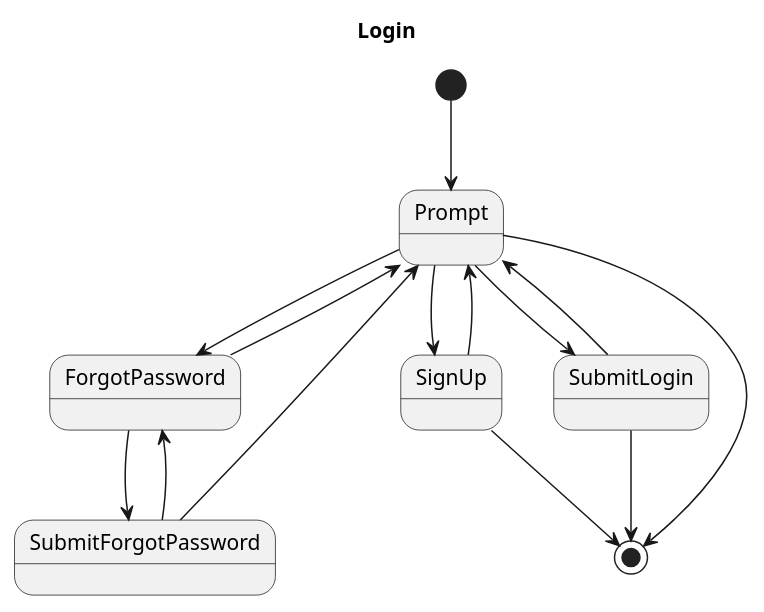
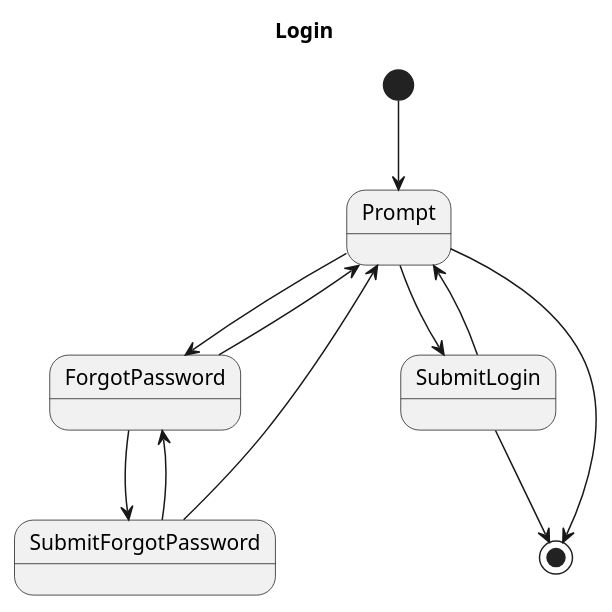
One commit to k10dev/RemoteBees changed the diagram in RemoteBeesFlow/flow/src/main/flows/Login.puml. Above: the diagram before and after it, drawn with PlantUML. The commit also changed 21 other files, not shown here.

Commit message:
Stub out flow controllers and corresponding views.

```diff
--- a/RemoteBeesFlow/flow/src/main/flows/Login.puml
+++ b/RemoteBeesFlow/flow/src/main/flows/Login.puml
@@ -1,24 +1,21 @@
 @startuml
 
 title Login
 
 [*] --> Prompt
 
 Prompt --> ForgotPassword
-Prompt --> SignUp
 Prompt --> SubmitLogin
 
 ForgotPassword --> SubmitForgotPassword
 
 SubmitForgotPassword --> ForgotPassword
 SubmitForgotPassword --> Prompt
 
 ForgotPassword --> Prompt
-SignUp --> Prompt
 SubmitLogin --> Prompt
 
 Prompt --> [*]
-SignUp --> [*]
 SubmitLogin --> [*]
 
 @enduml
```
